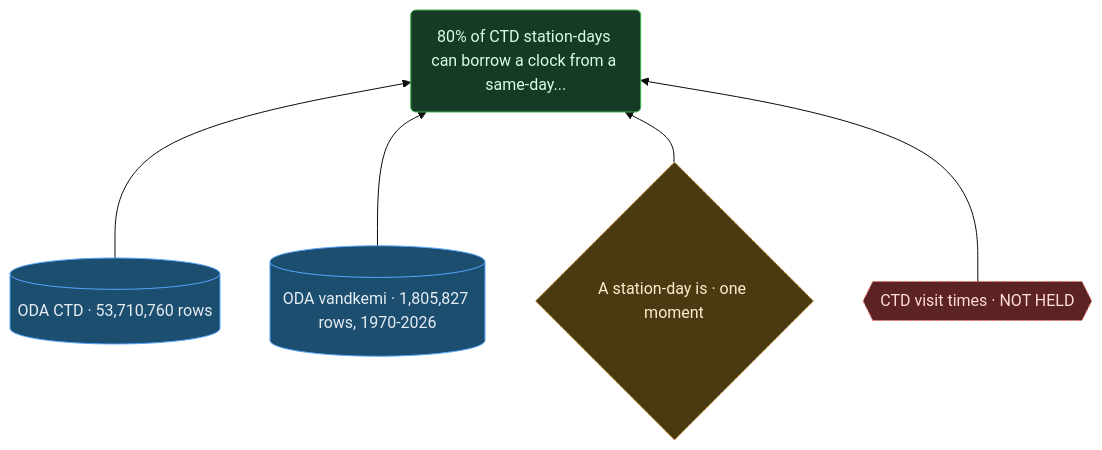
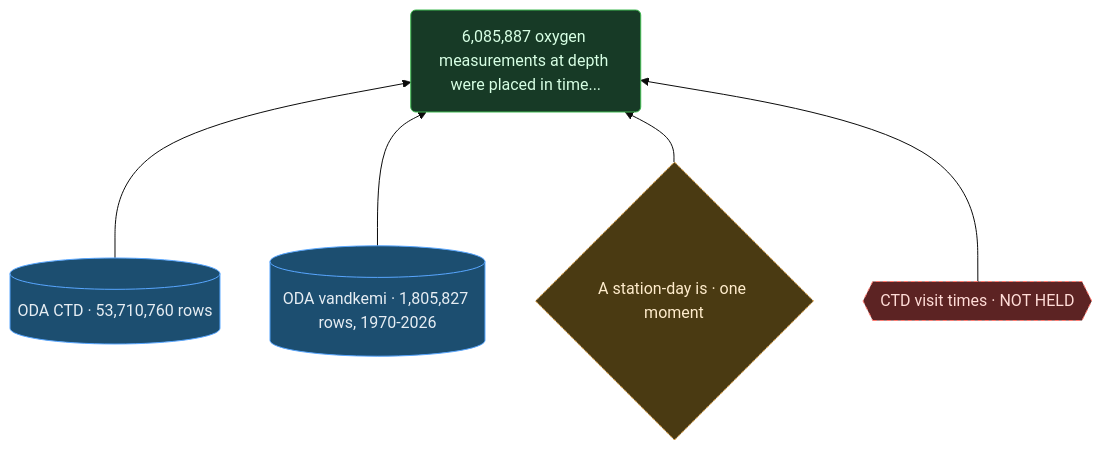
The eighth of 14 diagrams in docs/CLAIMS.md (Jjokulian/copenhagen-waterways), drawn with Mermaid (base theme) before and after one commit. The commit also changed other lines of this file and 13 other files, not shown here.

````diff
--- a/docs/CLAIMS.md
+++ b/docs/CLAIMS.md
@@ -246,17 +261,17 @@
 ```mermaid
 graph BT
-  C-DEPTH-BORROW("80% of CTD station-days can borrow a clock from a same-day...")
+  C-DEPTH-BORROW("6,085,887 oxygen measurements at depth were placed in time...")
   D-CTD[("ODA CTD · 53,710,760 rows")]
   D-KEMI[("ODA vandkemi · 1,805,827 rows, 1970-2026")]
   A-BORROW{"A station-day is · one moment"}
   G-CLOCK{{"CTD visit times · NOT HELD"}}
   D-CTD --> C-DEPTH-BORROW
   D-KEMI --> C-DEPTH-BORROW
   A-BORROW --> C-DEPTH-BORROW
   G-CLOCK --> C-DEPTH-BORROW
   style C-DEPTH-BORROW fill:#173a26,stroke:#3fb950,color:#d7ffe4
   style D-CTD fill:#1c4e70,stroke:#58a6ff,color:#e6edf3
   style D-KEMI fill:#1c4e70,stroke:#58a6ff,color:#e6edf3
   style A-BORROW fill:#4a3a12,stroke:#e8a33d,color:#ffeccc,stroke-dasharray:3 2
   style G-CLOCK fill:#5c2323,stroke:#ff7b72,color:#ffdcd7,stroke-dasharray:4 3
 ```
````
